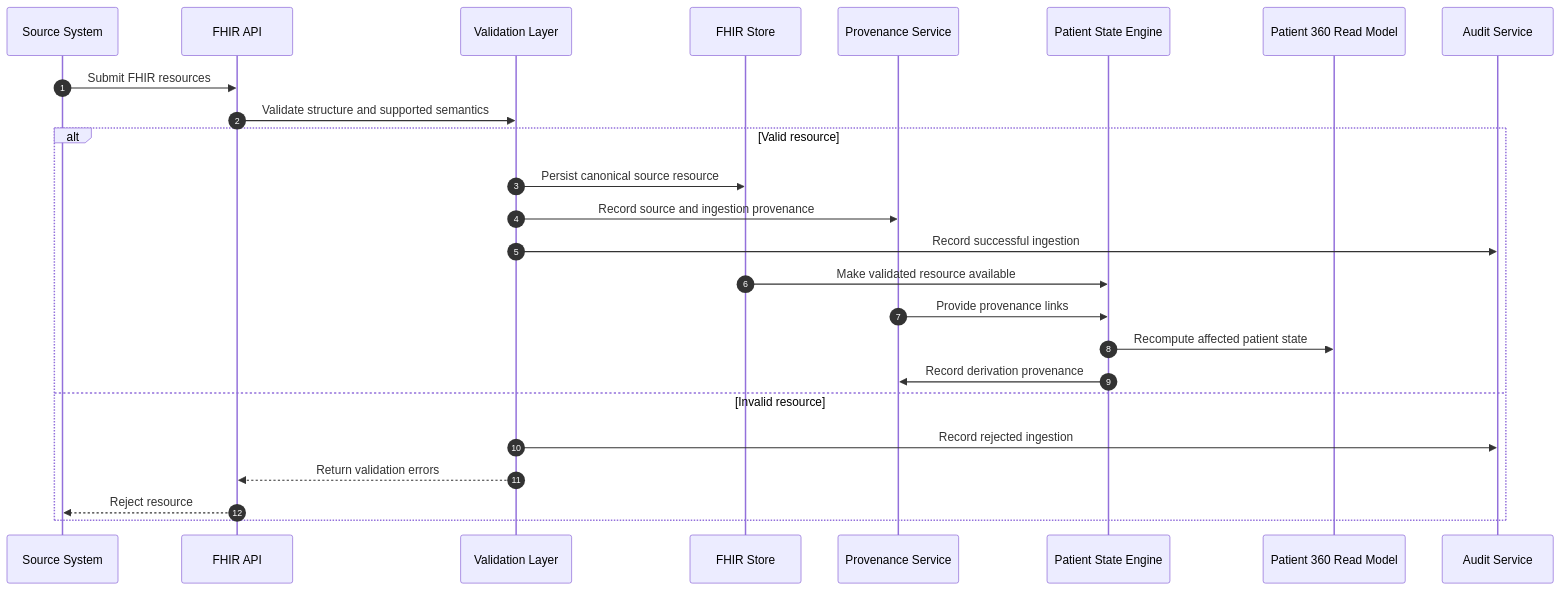
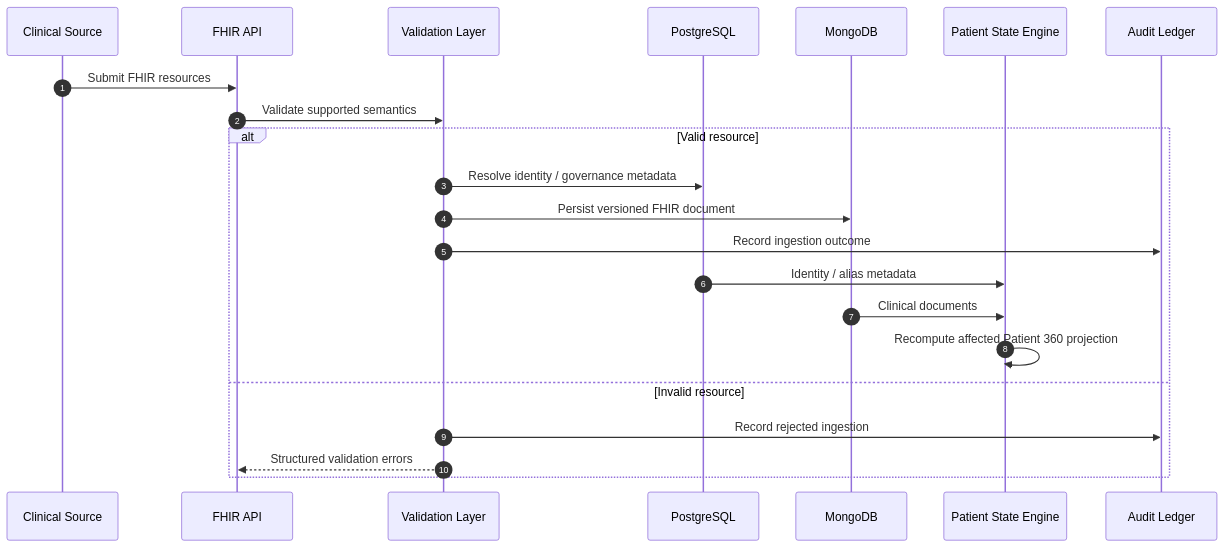
One commit to DiogoRibeiro7/sns-patient-360 changed the third of 7 diagrams in docs/architecture/system-architecture.md. Above: the diagram before and after it, drawn with Mermaid. The commit also changed other lines of this file, not shown here.

Commit message:
docs: update all system diagrams for imaging plane

````diff
--- a/docs/architecture/system-architecture.md
+++ b/docs/architecture/system-architecture.md
@@ -97,29 +116,26 @@
 ```mermaid
 sequenceDiagram
     autonumber
-    participant Source as Source System
-    participant API as FHIR API
+    participant Source as Clinical Source
+    participant FHIR as FHIR API
     participant Validation as Validation Layer
-    participant Store as FHIR Store
-    participant Provenance as Provenance Service
+    participant PG as PostgreSQL
+    participant Mongo as MongoDB
     participant State as Patient State Engine
-    participant ReadModel as Patient 360 Read Model
-    participant Audit as Audit Service
+    participant Audit as Audit Ledger
 
-    Source->>API: Submit FHIR resources
-    API->>Validation: Validate structure and supported semantics
+    Source->>FHIR: Submit FHIR resources
+    FHIR->>Validation: Validate supported semantics
 
     alt Valid resource
-        Validation->>Store: Persist canonical source resource
-        Validation->>Provenance: Record source and ingestion provenance
-        Validation->>Audit: Record successful ingestion
-        Store->>State: Make validated resource available
-        Provenance->>State: Provide provenance links
-        State->>ReadModel: Recompute affected patient state
-        State->>Provenance: Record derivation provenance
+        Validation->>PG: Resolve identity / governance metadata
+        Validation->>Mongo: Persist versioned FHIR document
+        Validation->>Audit: Record ingestion outcome
+        PG->>State: Identity / alias metadata
+        Mongo->>State: Clinical documents
+        State->>State: Recompute affected Patient 360 projection
     else Invalid resource
         Validation->>Audit: Record rejected ingestion
-        Validation-->>API: Return validation errors
-        API-->>Source: Reject resource
+        Validation-->>FHIR: Structured validation errors
     end
 ```
````
